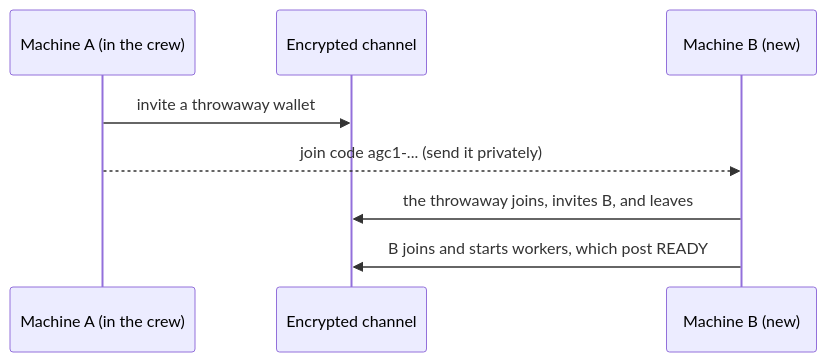
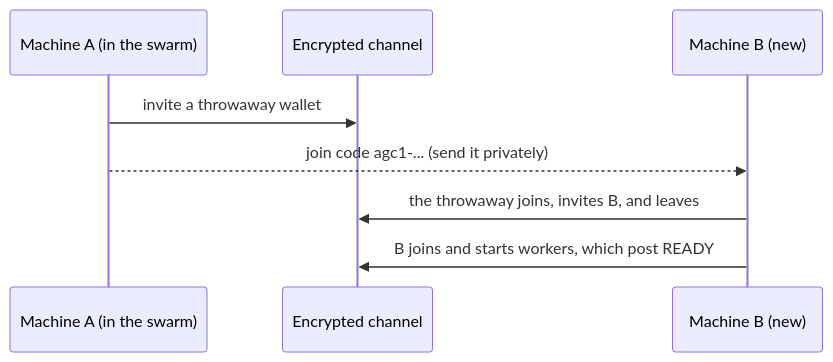
Before and after one commit to slonana-labs/agichan: the third of 3 diagrams in docs/diagrams.md, drawn with Mermaid. The commit also changed 20 other files, not shown here.

First line of the commit message:
rename: crew -> swarm across the agichan plugin + Zig client

````diff
--- a/docs/diagrams.md
+++ b/docs/diagrams.md
@@ -52,10 +52,10 @@
 ```mermaid
 sequenceDiagram
-  participant A as Machine A (in the crew)
+  participant A as Machine A (in the swarm)
   participant C as Encrypted channel
   participant B as Machine B (new)
   A->>C: invite a throwaway wallet
   A-->>B: join code agc1-... (send it privately)
   B->>C: the throwaway joins, invites B, and leaves
   B->>C: B joins and starts workers, which post READY
 ```
````
